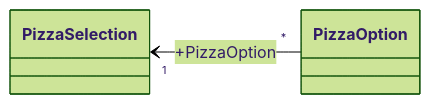
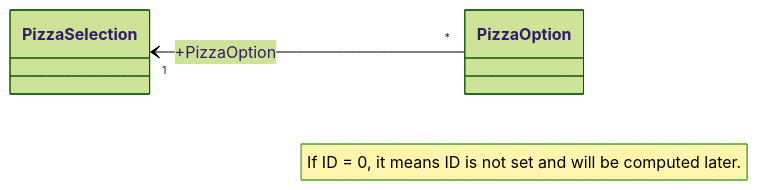
Before and after one commit to ekral/Utb.PizzaKiosk: the diagram in README.md, drawn with Mermaid (forest theme).

````diff
--- a/README.md
+++ b/README.md
@@ -162,5 +162,7 @@
 ```mermaid
  classDiagram
    direction RL
    PizzaOption "*" --> "1" PizzaSelection : +PizzaOption
+
+   note "If ID = 0, it means ID is not set and will be computed later."
 ```
````
